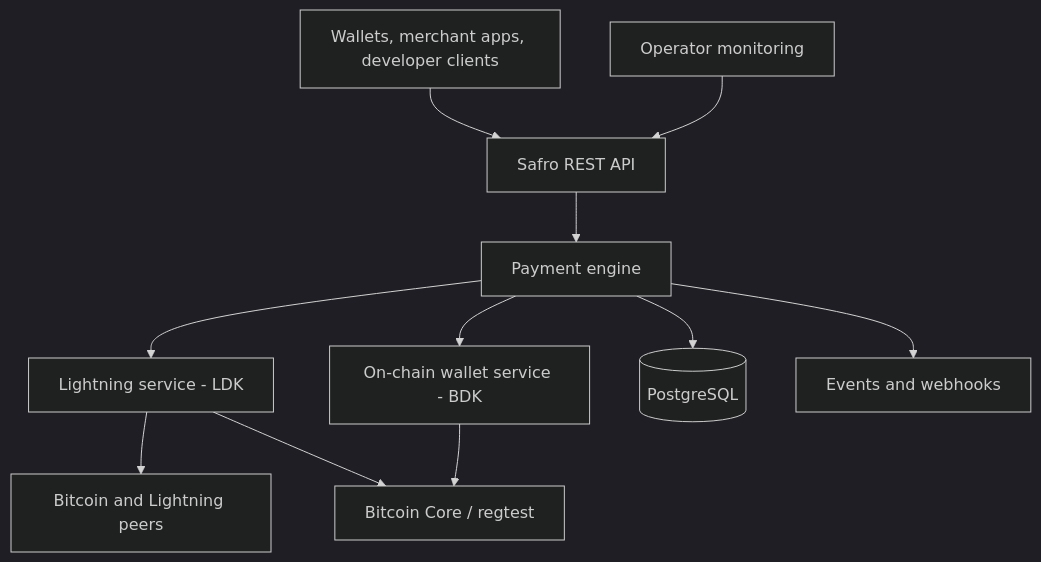
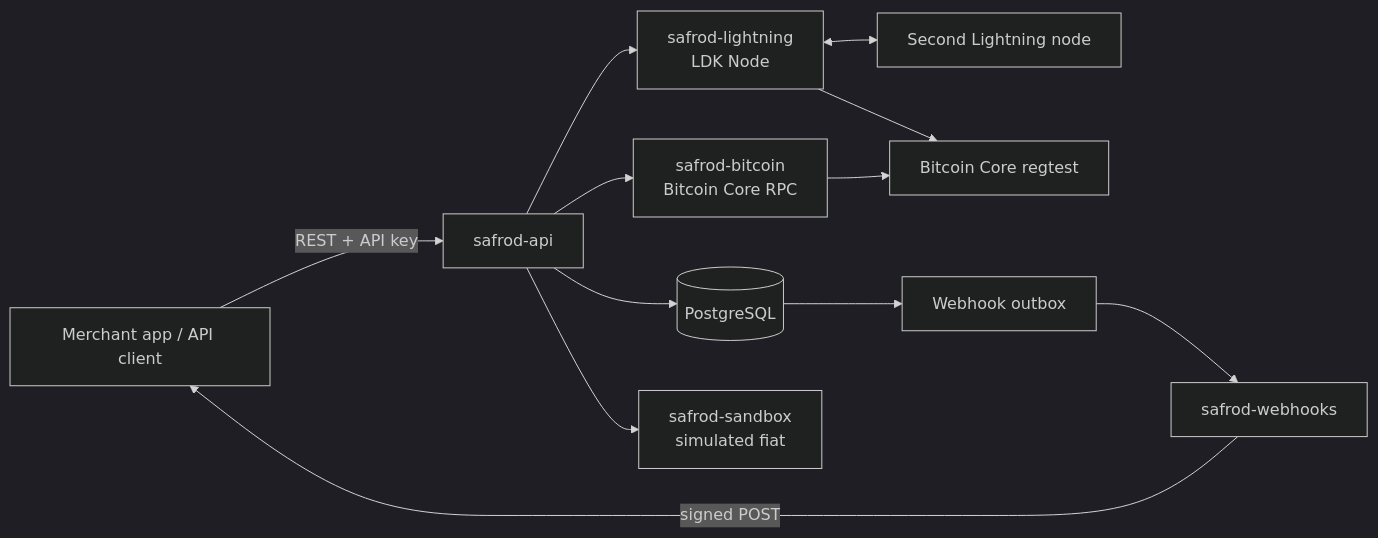
The diagram in README.md (Alkamal01/Safrod), drawn with Mermaid (dark theme) before and after one commit. The commit also changed other lines of this file, not shown here.

Commit message:
docs: rewrite the README for Safrod as Bitcoin and Lightning infrastructure

````diff
--- a/README.md
+++ b/README.md
@@ -50,13 +45,14 @@
 ```mermaid
-flowchart TD
-    A[Wallets, merchant apps, developer clients] --> B[Safro REST API]
-    B --> C[Payment engine]
-    C --> D[Lightning service - LDK]
-    C --> E[On-chain wallet service - BDK]
-    C --> F[(PostgreSQL)]
-    C --> G[Events and webhooks]
-    D --> H[Bitcoin and Lightning peers]
-    E --> I[Bitcoin Core / regtest]
-    D --> I
-    J[Operator monitoring] --> B
+flowchart LR
+    M[Merchant app / API client] -->|REST + API key| API[safrod-api]
+    API --> DB[(PostgreSQL)]
+    API --> LN[safrod-lightning<br/>LDK Node]
+    API --> BTC[safrod-bitcoin<br/>Bitcoin Core RPC]
+    LN <--> PEER[Second Lightning node]
+    LN --> CORE[Bitcoin Core regtest]
+    BTC --> CORE
+    DB --> OUT[Webhook outbox]
+    OUT --> W[safrod-webhooks]
+    W -->|signed POST| M
+    API --> SBX[safrod-sandbox<br/>simulated fiat]
 ```
````
